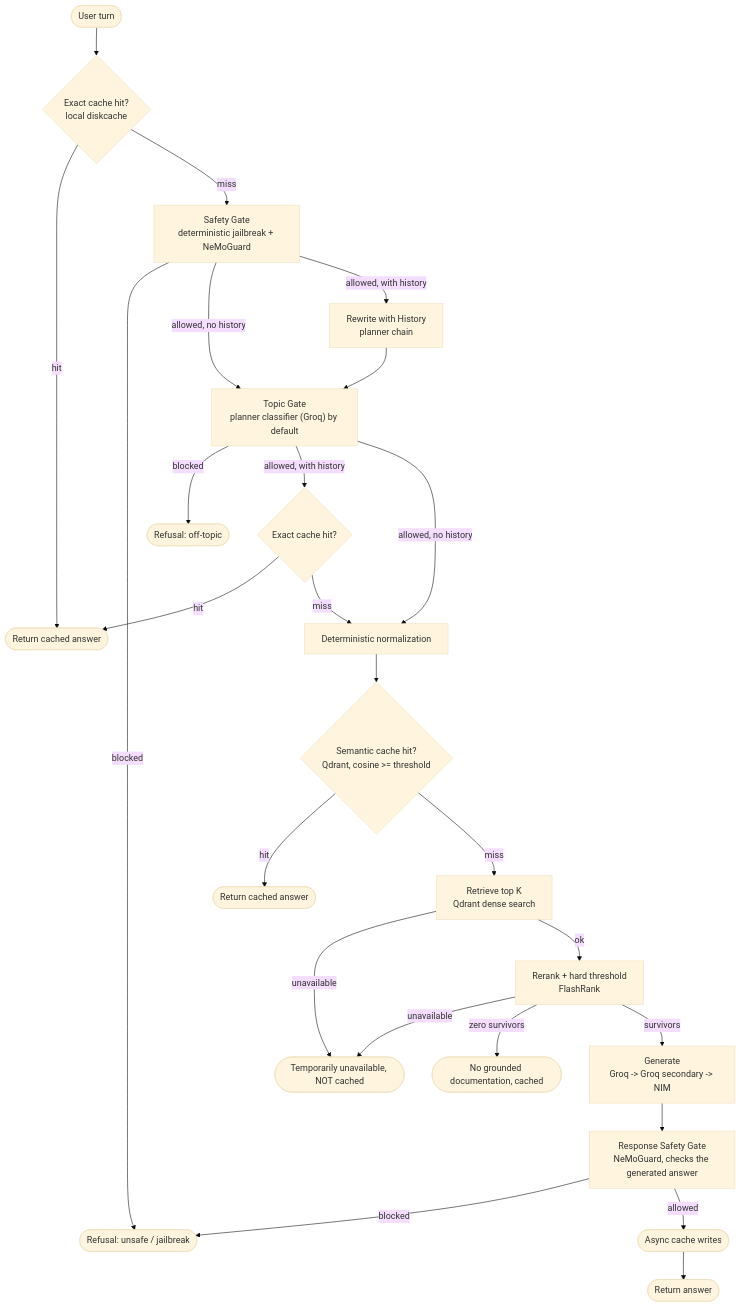
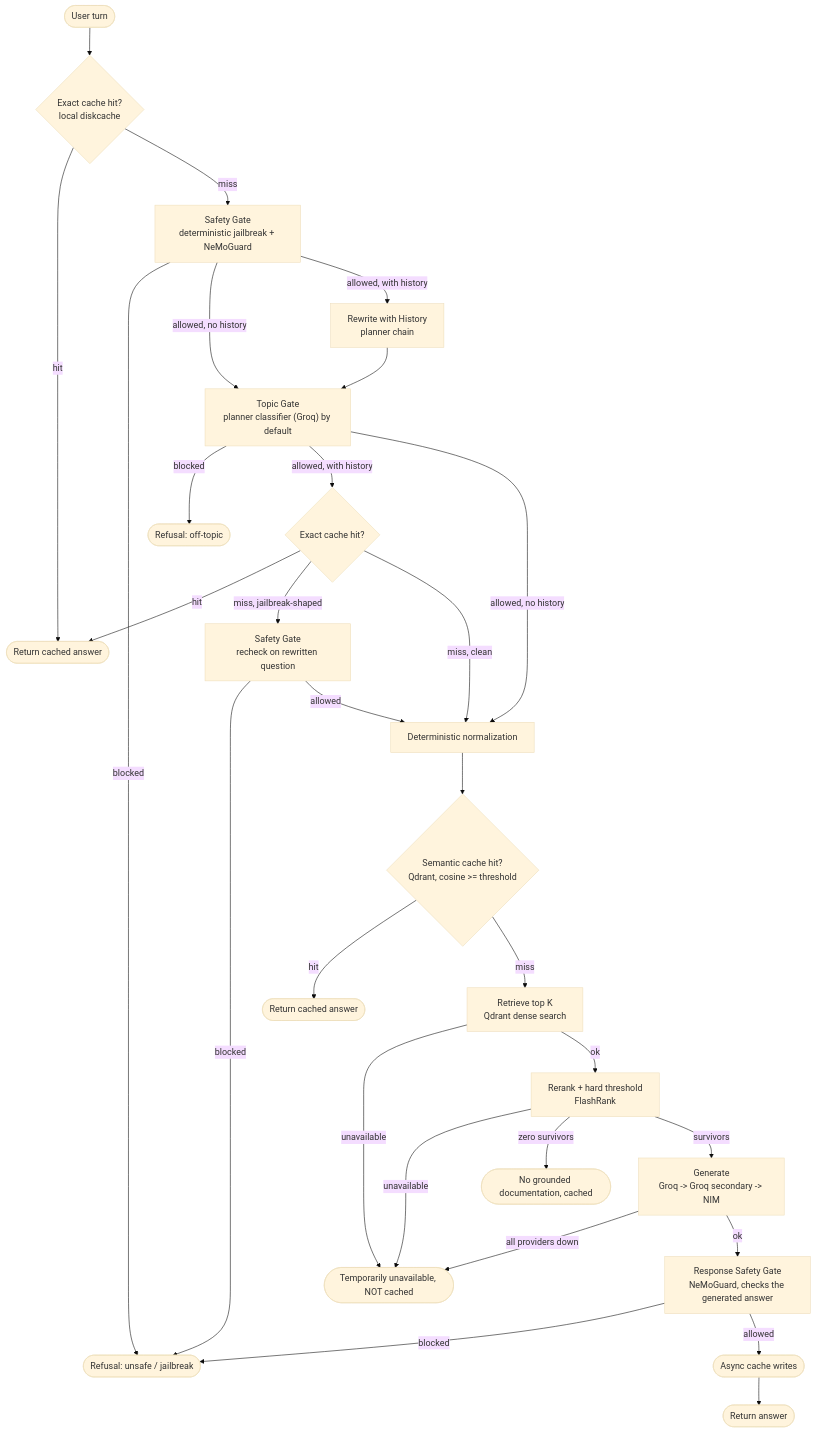
One commit to abhinavharbola/kubernetes-gated-rag changed the diagram in README.md. Above: the diagram before and after it, drawn with Mermaid (base theme). The commit also changed other lines of this file and 2 other files, not shown here.

````diff
--- a/README.md
+++ b/README.md
@@ -7,27 +7,31 @@
 ```mermaid
 flowchart TD
     Start([User turn]) --> ExactCache{"Exact cache hit?\nlocal diskcache"}
     ExactCache -->|hit| ReturnExact([Return cached answer])
     ExactCache -->|miss| Safety["Safety Gate\ndeterministic jailbreak + NeMoGuard"]
     Safety -->|blocked| RefusalUnsafe([Refusal: unsafe / jailbreak])
     Safety -->|allowed, no history| Topic["Topic Gate\nplanner classifier (Groq) by default"]
     Safety -->|allowed, with history| Rewrite["Rewrite with History\nplanner chain"]
     Rewrite --> Topic
     Topic -->|blocked| RefusalOffTopic([Refusal: off-topic])
     Topic -->|allowed, with history| LateExact{"Exact cache hit?"}
     Topic -->|allowed, no history| Canonicalize["Deterministic normalization"]
     LateExact -->|hit| ReturnExact
-    LateExact -->|miss| Canonicalize
+    LateExact -->|miss, jailbreak-shaped| LateSafety["Safety Gate\nrecheck on rewritten question"]
+    LateSafety -->|blocked| RefusalUnsafe
+    LateSafety -->|allowed| Canonicalize
+    LateExact -->|miss, clean| Canonicalize
     Canonicalize --> SemanticCache{"Semantic cache hit?\nQdrant, cosine >= threshold"}
     SemanticCache -->|hit| ReturnSemantic([Return cached answer])
     SemanticCache -->|miss| Retrieve["Retrieve top K\nQdrant dense search"]
     Retrieve -->|unavailable| ServiceDown([Temporarily unavailable, NOT cached])
     Retrieve -->|ok| Rerank["Rerank + hard threshold\nFlashRank"]
     Rerank -->|unavailable| ServiceDown
     Rerank -->|zero survivors| NoContext([No grounded documentation, cached])
     Rerank -->|survivors| Generate["Generate\nGroq -> Groq secondary -> NIM"]
-    Generate --> ResponseSafety["Response Safety Gate\nNeMoGuard, checks the generated answer"]
+    Generate -->|all providers down| ServiceDown
+    Generate -->|ok| ResponseSafety["Response Safety Gate\nNeMoGuard, checks the generated answer"]
     ResponseSafety -->|blocked| RefusalUnsafe
     ResponseSafety -->|allowed| WriteCache([Async cache writes])
     WriteCache --> ReturnAnswer([Return answer])
 ```
````
